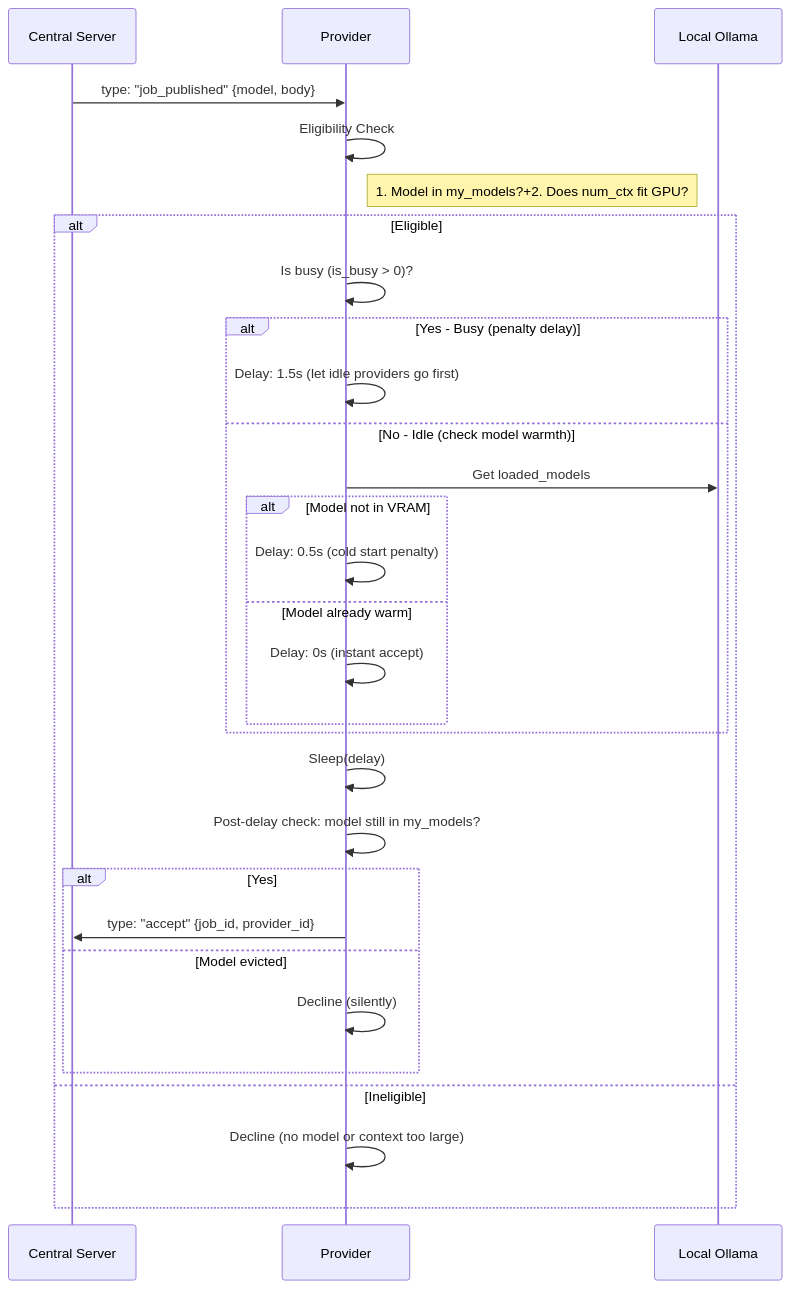
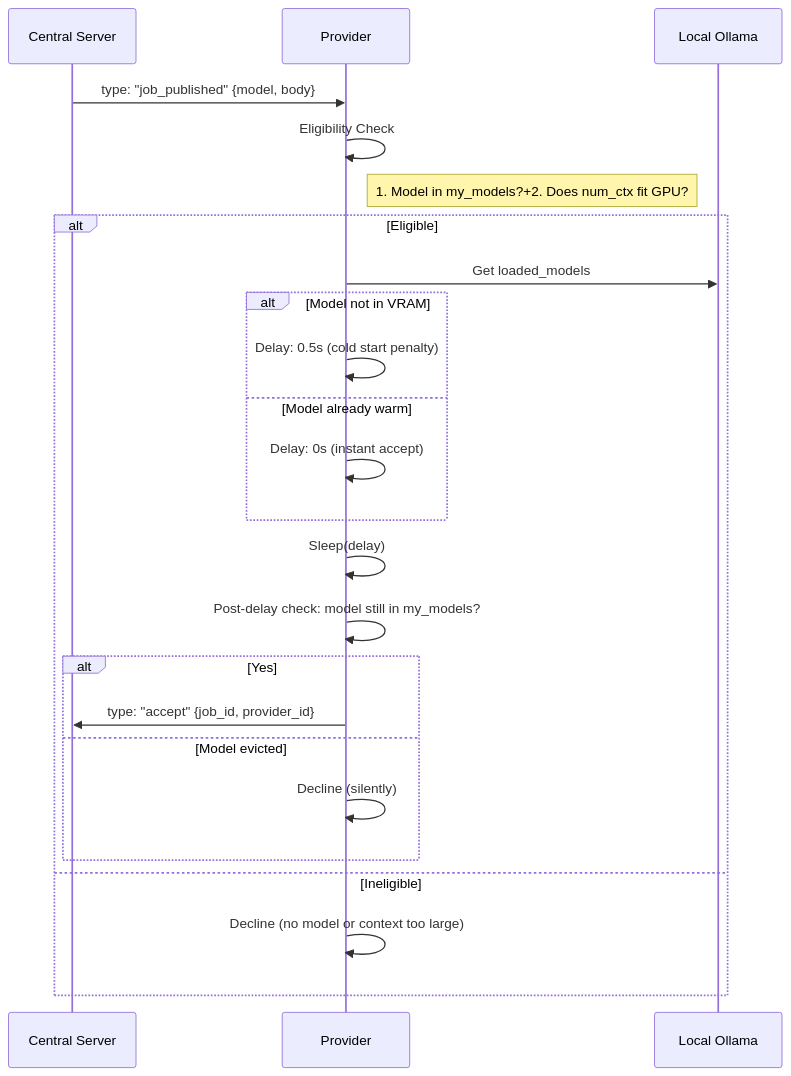
The second of 3 diagrams in provider/provider.md (pxp888/thinkfarm), drawn with Mermaid before and after one commit. The commit also changed other lines of this file and 5 other files, not shown here.

````diff
--- a/provider/provider.md
+++ b/provider/provider.md
@@ -64,36 +64,31 @@
 ```mermaid
 sequenceDiagram
     participant S as Central Server
     participant P as Provider
     participant O as Local Ollama
 
     S->>P: type: "job_published" {model, body}
     
     P->>P: Eligibility Check
     Note right of P: 1. Model in my_models?+2. Does num_ctx fit GPU?
     
     alt Eligible
-        P->>P: Is busy (is_busy > 0)?
-        alt Yes - Busy (penalty delay)
-            P->>P: Delay: 1.5s (let idle providers go first)
-        else No - Idle (check model warmth)
-            P->>O: Get loaded_models
-            alt Model not in VRAM
-                P->>P: Delay: 0.5s (cold start penalty)
-            else Model already warm
-                P->>P: Delay: 0s (instant accept)
-            end
+        P->>O: Get loaded_models
+        alt Model not in VRAM
+            P->>P: Delay: 0.5s (cold start penalty)
+        else Model already warm
+            P->>P: Delay: 0s (instant accept)
         end
         
         P->>P: Sleep(delay)
         
         P->>P: Post-delay check: model still in my_models?
         alt Yes
             P->>S: type: "accept" {job_id, provider_id}
         else Model evicted
             P->>P: Decline (silently)
         end
     else Ineligible
         P->>P: Decline (no model or context too large)
     end
 ```
````
